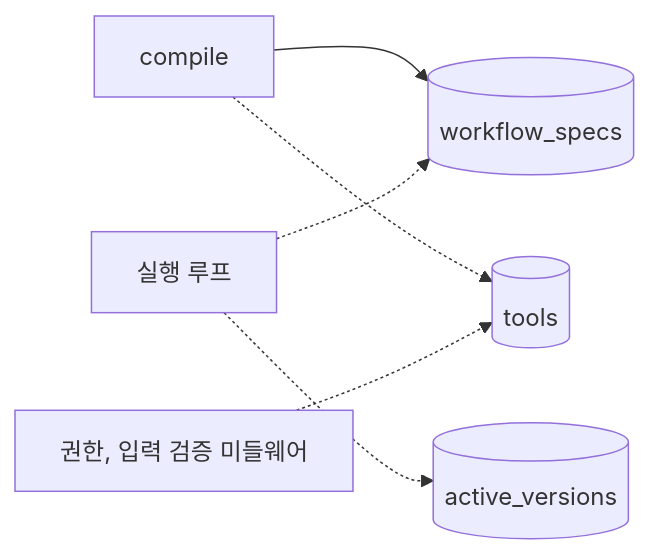
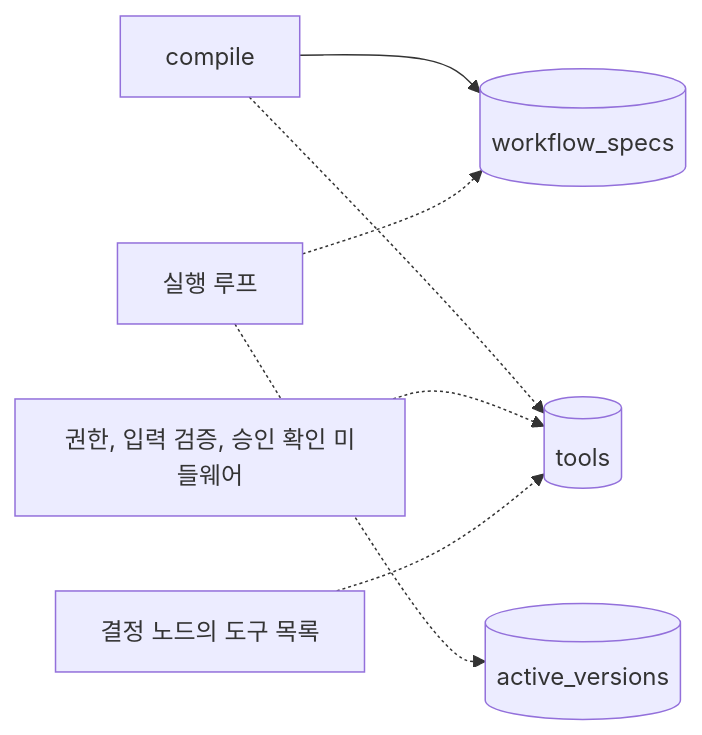
Before and after one commit to iwindfree/ai-agent-framework-architecture: diagram 30 of 30 in 00.architecture.md, drawn with Mermaid. The commit also changed other lines of this file and 1 other file, not shown here.

````diff
--- a/00.architecture.md
+++ b/00.architecture.md
@@ -2457,8 +2475,9 @@
 ```mermaid
 flowchart LR
     COMP[compile] --> WS[(workflow_specs)]
     COMP -.-> TL[(tools)]
     LOOP[실행 루프] -.-> AV[(active_versions)]
     LOOP -.-> WS
-    TOOLMW[권한, 입력 검증 미들웨어] -.-> TL
+    TOOLMW[권한, 입력 검증, 승인 확인 미들웨어] -.-> TL
+    DEC[결정 노드의 도구 목록] -.-> TL
 ```
````
